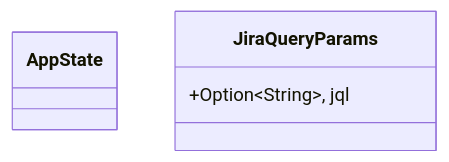
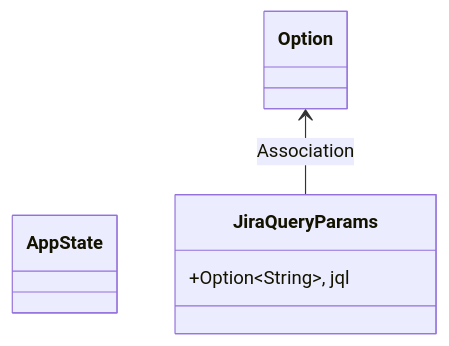
Before and after one commit to lgcorzo/fastapi-autogen-team: the first of 2 diagrams in openwiki/src/bin/mock_services.md, drawn with Mermaid. The commit also changed other lines of this file and 22 other files, not shown here.

````diff
--- a/openwiki/src/bin/mock_services.md
+++ b/openwiki/src/bin/mock_services.md
@@ -26,9 +26,10 @@
 ```mermaid
 classDiagram
     direction BT
     class AppState {
     }
     class JiraQueryParams {
         +Option~String~, jql
     }
+    JiraQueryParams --> Option : Association
 ```
````
